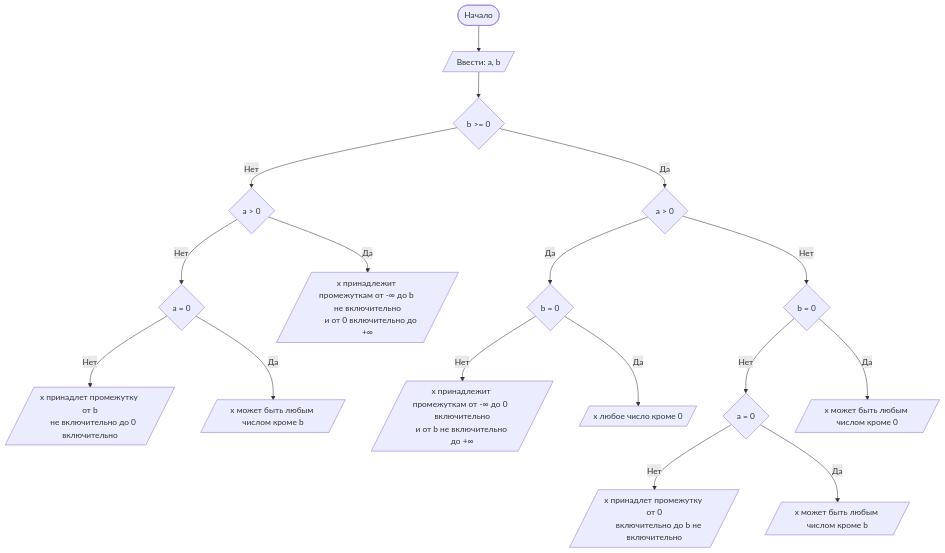
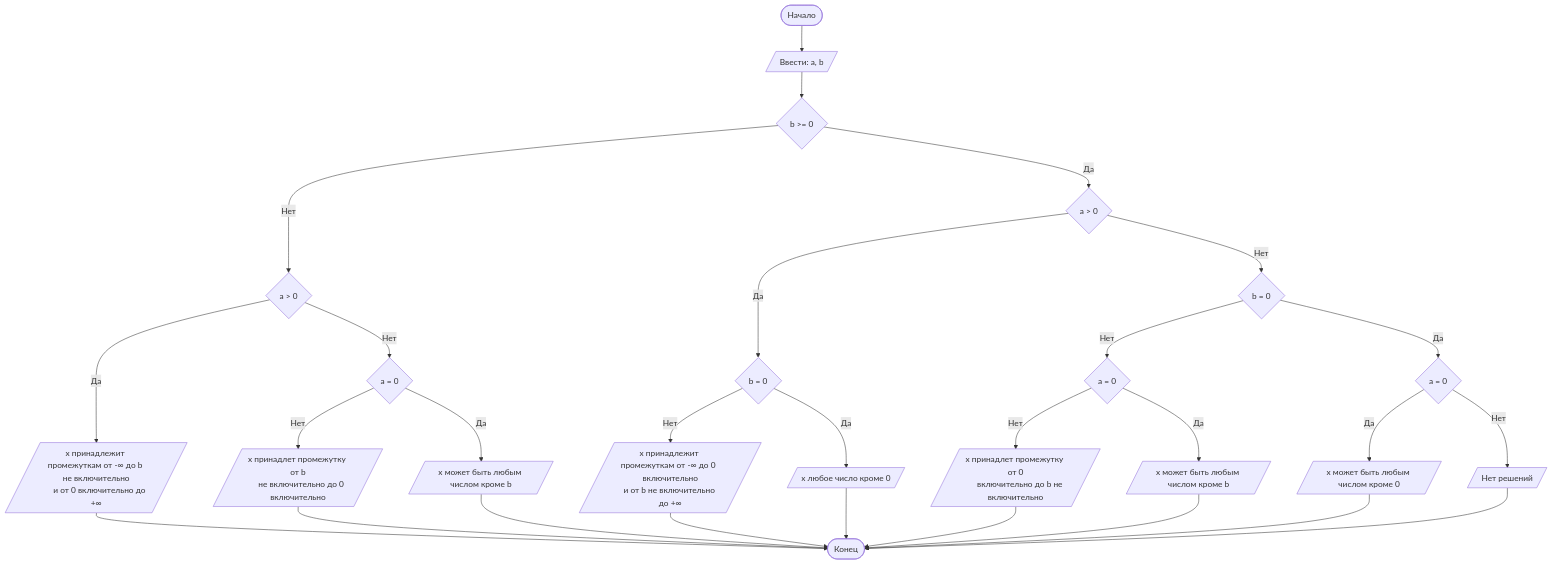
The diagram in README.md (nerv146/Lab1), drawn with Mermaid before and after one commit.

````diff
--- a/README.md
+++ b/README.md
@@ -74,22 +74,23 @@
 ```mermaid
 graph TD
     A([Начало]) --> B[/Ввести: a, b/]
     B --> C{b >= 0}
     C-- Нет --> D{a > 0}
     D -- Нет --> E{a = 0}
     D -- Да --> R[/x принадлежит промежуткам от -∞ до b не включительно
-    и от 0 включительно до +∞/]
+    и от 0 включительно до +∞/] --> PP([Конец])
     E -- Нет --> F[/x принадлет промежутку от b
-    не включительно до 0 включительно /]
-    E -- Да --> G[/x может быть любым числом кроме b/]
+    не включительно до 0 включительно /] --> PP
+    E -- Да --> G[/x может быть любым числом кроме b/] --> PP
     C -- Да --> H{a > 0} --Да--> WW{b = 0}
 WW{b = 0} --Нет--> J[/x принадлежит промежуткам от -∞ до 0  включительно
-и от b не включительно до +∞ /]
-WW --Да--> QQ[/x любое число кроме 0/]
+и от b не включительно до +∞ /] --> PP
+WW --Да--> QQ[/x любое число кроме 0/] --> PP
     H -- Нет --> I{b = 0}
     I -- Нет --> II{a = 0} -- Нет --> Z[/x принадлет промежутку от 0
-     включительно до b не включительно /]
-     II -- Да --> EE[/х может быть любым числом кроме b/]
+     включительно до b не включительно /] --> PP
+     II -- Да -->  EE[/х может быть любым числом кроме b/] --> PP
    
-    I -- Да -->X[/x может быть любым числом кроме 0 /]
+    I -- Да --> XXX{a = 0} --Да--> X[/x может быть любым числом кроме 0 /] --> PP
+    XXX --Нет--> SSS[/Нет решений/] --> PP
 ```
````
